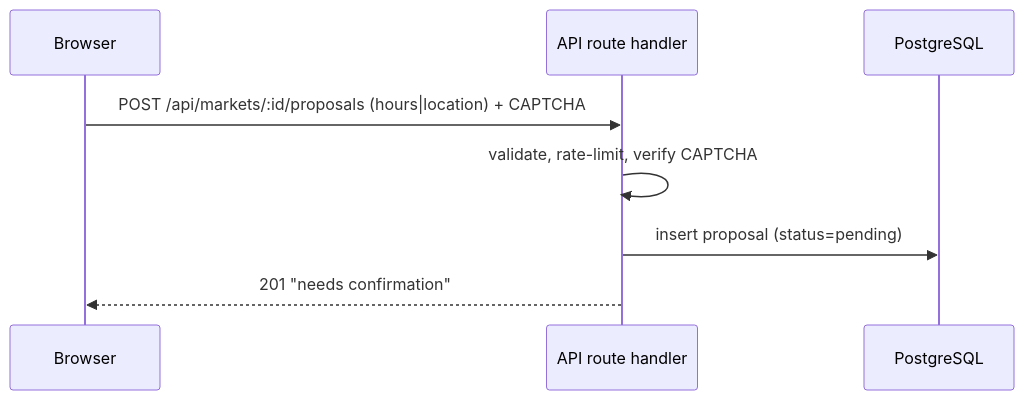
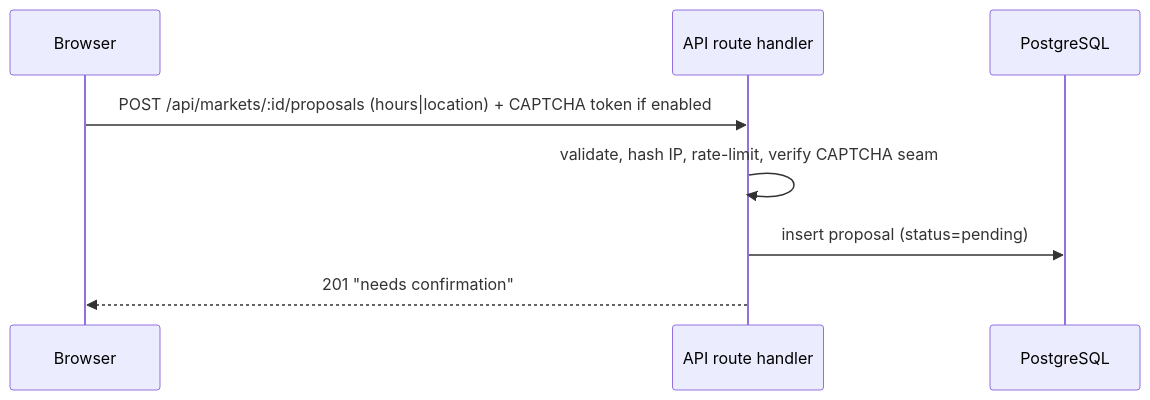
Before and after one commit to jimacampos/laferiacr: the third of 4 diagrams in docs/architecture/overview.md, drawn with Mermaid. The commit also changed other lines of this file and 52 other files, not shown here.

First line of the commit message:
feat(contributions): Phase 3 — propose → confirm → verify loop for hours + location

````diff
--- a/docs/architecture/overview.md
+++ b/docs/architecture/overview.md
@@ -75,10 +76,10 @@
 ```mermaid
 sequenceDiagram
   participant U as Browser
   participant A as API route handler
   participant D as PostgreSQL
-  U->>A: POST /api/markets/:id/proposals (hours|location) + CAPTCHA
-  A->>A: validate, rate-limit, verify CAPTCHA
+  U->>A: POST /api/markets/:id/proposals (hours|location) + CAPTCHA token if enabled
+  A->>A: validate, hash IP, rate-limit, verify CAPTCHA seam
   A->>D: insert proposal (status=pending)
   A-->>U: 201 "needs confirmation"
 ```
````
